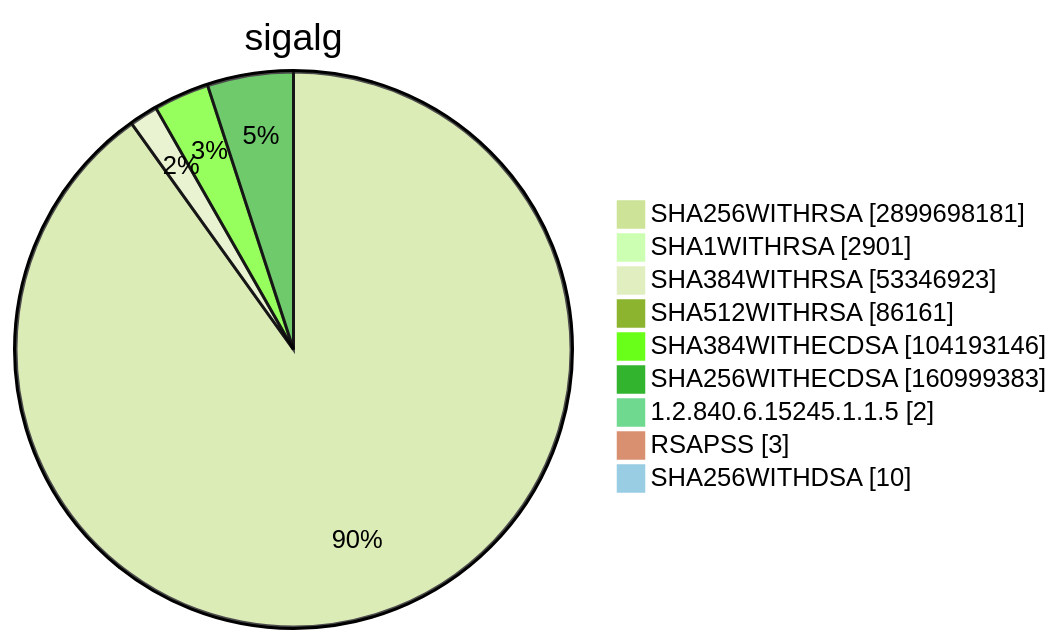
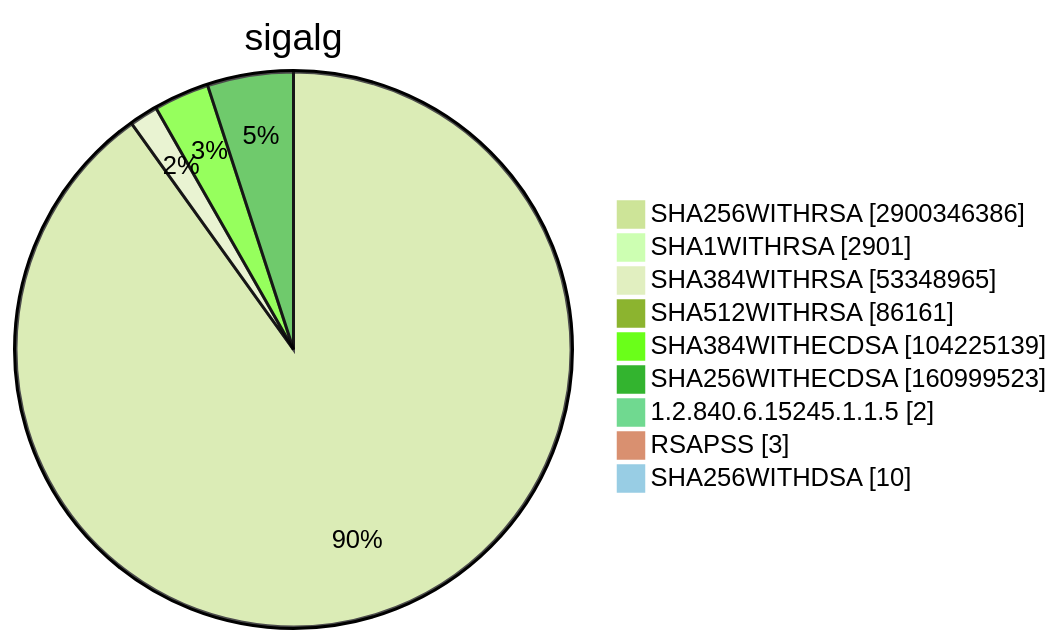
Diagram 15 of 15 in TOTAL/README.md (christiankrug/ctmonitor_visualization), drawn with Mermaid (forest theme) before and after one commit. The commit also changed other lines of this file, not shown here.

````diff
--- a/TOTAL/README.md
+++ b/TOTAL/README.md
@@ -6207,13 +6207,13 @@
 ```mermaid
 pie showData
 title sigalg
-"SHA256WITHRSA" :2899698181
+"SHA256WITHRSA" :2900346386
 "SHA1WITHRSA" :2901
-"SHA384WITHRSA" :53346923
+"SHA384WITHRSA" :53348965
 "SHA512WITHRSA" :86161
-"SHA384WITHECDSA" :104193146
-"SHA256WITHECDSA" :160999383
+"SHA384WITHECDSA" :104225139
+"SHA256WITHECDSA" :160999523
 "1.2.840.6.15245.1.1.5" :2
 "RSAPSS" :3
 "SHA256WITHDSA" :10
 ```
````
